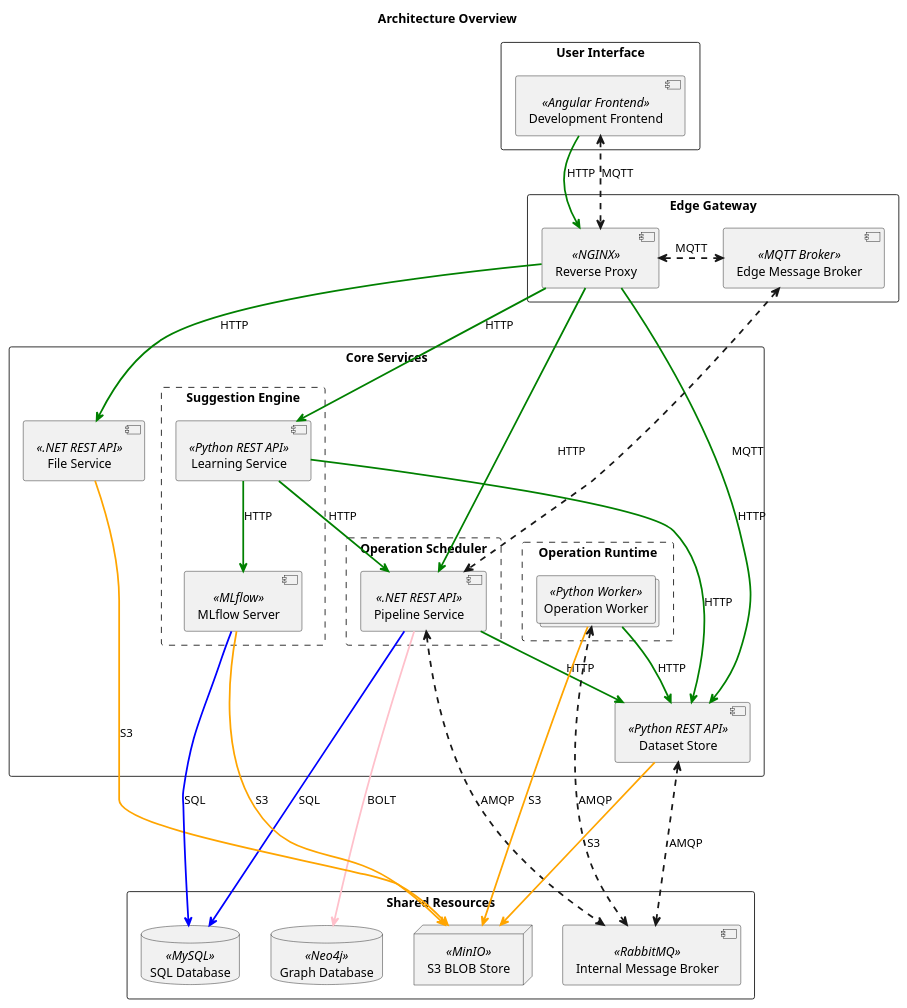
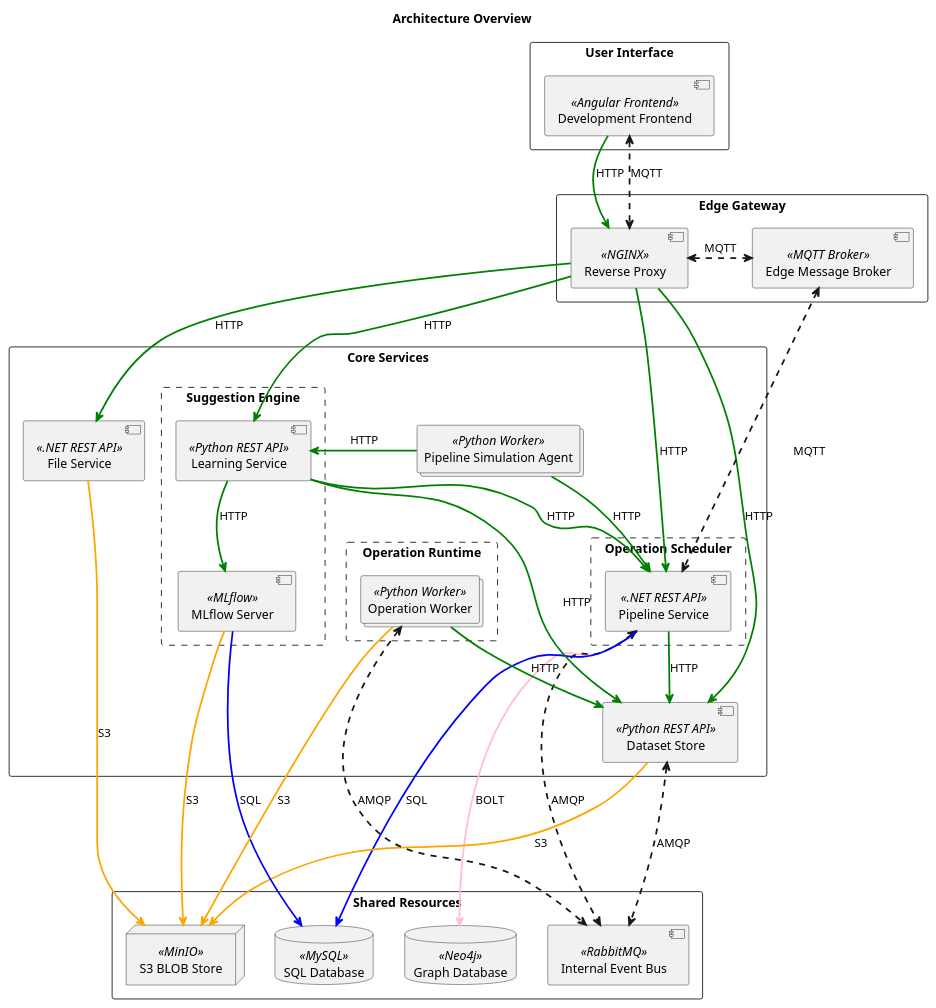
The diagram in docs/architecture/overview.puml (project-hanse/prototype-a), drawn with PlantUML before and after one commit. The commit also changed 11 other files, not shown here.

```diff
--- a/docs/architecture/overview.puml
+++ b/docs/architecture/overview.puml
@@ -1,90 +1,94 @@
 @startuml
 'https://plantuml.com/deployment-diagram
 
 ' Style '
 ' skinparam linetype polyline
 ' skinparam linetype ortho
 top to bottom direction
 
 title "Architecture Overview"
 
 'Definitions'
 
 rectangle "User Interface" {
     component "Development Frontend" << Angular Frontend >> as development_frontend
 }
 
 rectangle "Edge Gateway" {
     component "Reverse Proxy" << NGINX >> as reverse_proxy
     component "Edge Message Broker" << MQTT Broker >> as message_broker_edge
 }
 
 rectangle "Core Services" {
 		rectangle "Operation Scheduler" as operation_scheduler #line.dashed {
 			component "Pipeline Service" << .NET REST API >> as pipeline_service
     }
 
     rectangle "Suggestion Engine" as suggestions_engine #line.dashed {
         component "Learning Service" << Python REST API >> as learning_service
         component "MLflow Server" << MLflow >> as mlflow_server
     }
 
     rectangle "Operation Runtime" as operation_runtime #line.dashed {
     	collections  "Operation Worker" <<Python Worker>> as worker
     }
 
+		collections "Pipeline Simulation Agent" << Python Worker >> as pipeline_creation_agent
     component "File Service" << .NET REST API >> as file_service
 		component "Dataset Store" << Python REST API >> as dataset_store
 }
 
 rectangle "Shared Resources" {
     database "Graph Database" << Neo4j >> as graph_db
     node "S3 BLOB Store" << MinIO >> as blob_store_minio
     'database #line.dashed "Dataset Database" << MongoDB >> as dataset_db
     database "SQL Database" << MySQL >> as mysql_db
-    component "Internal Message Broker" << RabbitMQ >> as message_broker_internal
+    component "Internal Event Bus" << RabbitMQ >> as message_broker_internal
 }
 
 
 'Interaction'
 
 development_frontend -[#green,thickness=2]-> reverse_proxy : HTTP
 development_frontend <-[dashed,thickness=2]-> reverse_proxy : MQTT
 
 reverse_proxy -[#green,thickness=2]-> pipeline_service : HTTP
 reverse_proxy -[#green,thickness=2]-> learning_service : HTTP
 reverse_proxy -[#green,thickness=2]-> file_service : HTTP
 reverse_proxy <-[dashed,thickness=2]r-> message_broker_edge : MQTT
 'TODO: This connection should no longer exist'
 reverse_proxy -[#green,thickness=2]-> dataset_store : HTTP
 ' reverse_proxy --> mlflow_server
 'reverse_proxy --> adminer
 ' reverse_proxy --> message_broker_internal
 
 pipeline_service -[#pink,thickness=2]-> graph_db : BOLT
 pipeline_service <-[dashed,thickness=2]-> message_broker_internal : AMQP
 message_broker_edge <-[dashed,thickness=2]--> pipeline_service : MQTT
 pipeline_service -[#blue,thickness=2]-> mysql_db : SQL
 pipeline_service -[#green,thickness=2]-> dataset_store : HTTP
 
 learning_service -[#green,thickness=2]-> mlflow_server : HTTP
 learning_service -[#green,thickness=2]-> dataset_store : HTTP
 learning_service -[#green,thickness=2]-> pipeline_service : HTTP
 
+pipeline_creation_agent -[#green,thickness=2]-> pipeline_service : HTTP
+pipeline_creation_agent -[#green,thickness=2]l-> learning_service : HTTP
+
 'adminer --> mysql_db
 
 dataset_store -[#orange,thickness=2]-> blob_store_minio : S3
 dataset_store <-[dashed,thickness=2]--> message_broker_internal : AMQP
 'TODO: Default files should be seeded from file service PH-213'
 ' dataset_store --> blob_store
 
 file_service -[#orange,thickness=2]-> blob_store_minio : S3
 
 mlflow_server -[#blue,thickness=2]-> mysql_db : SQL
 mlflow_server -[#orange,thickness=2]-> blob_store_minio : S3
 
 worker -[#green,thickness=2]-> dataset_store : HTTP
 worker -[#orange,thickness=2]-> blob_store_minio : S3
 worker <-[dashed,thickness=2]-> message_broker_internal : AMQP
 
 @enduml
```
